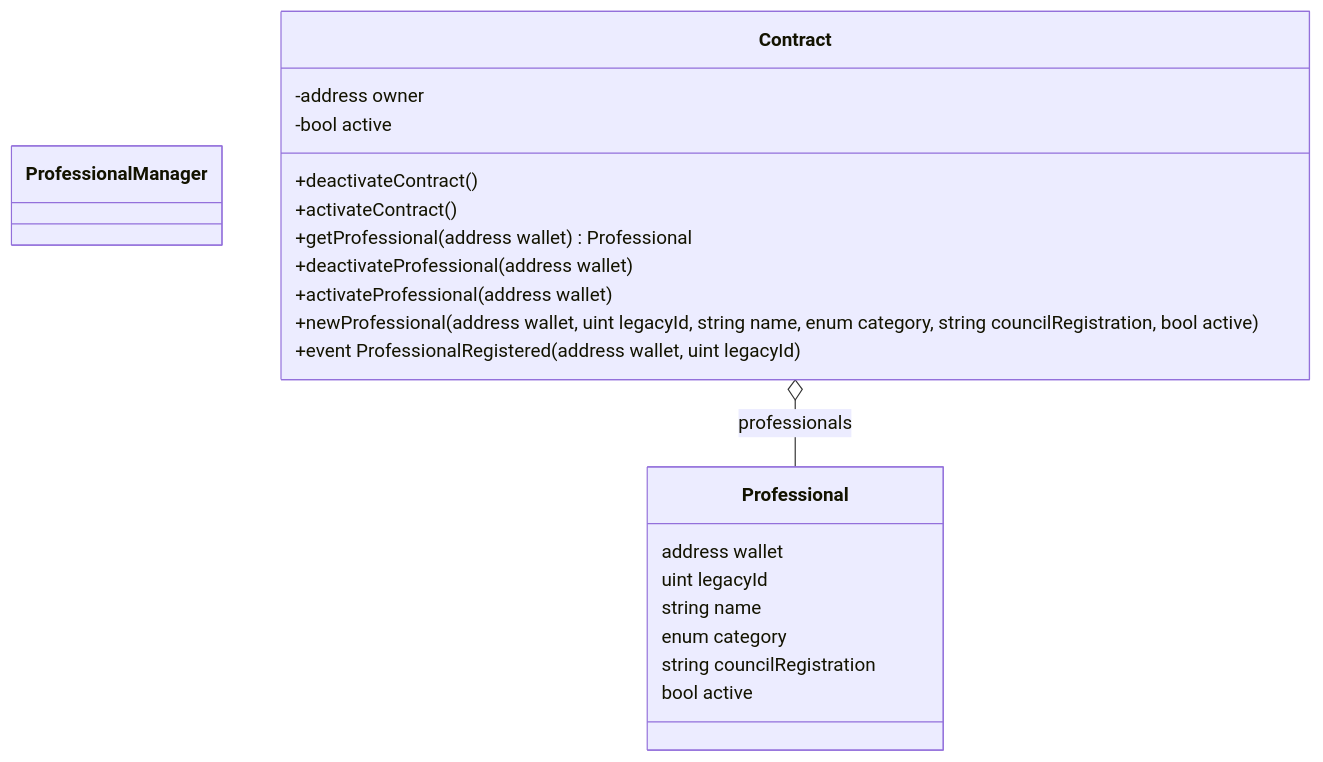
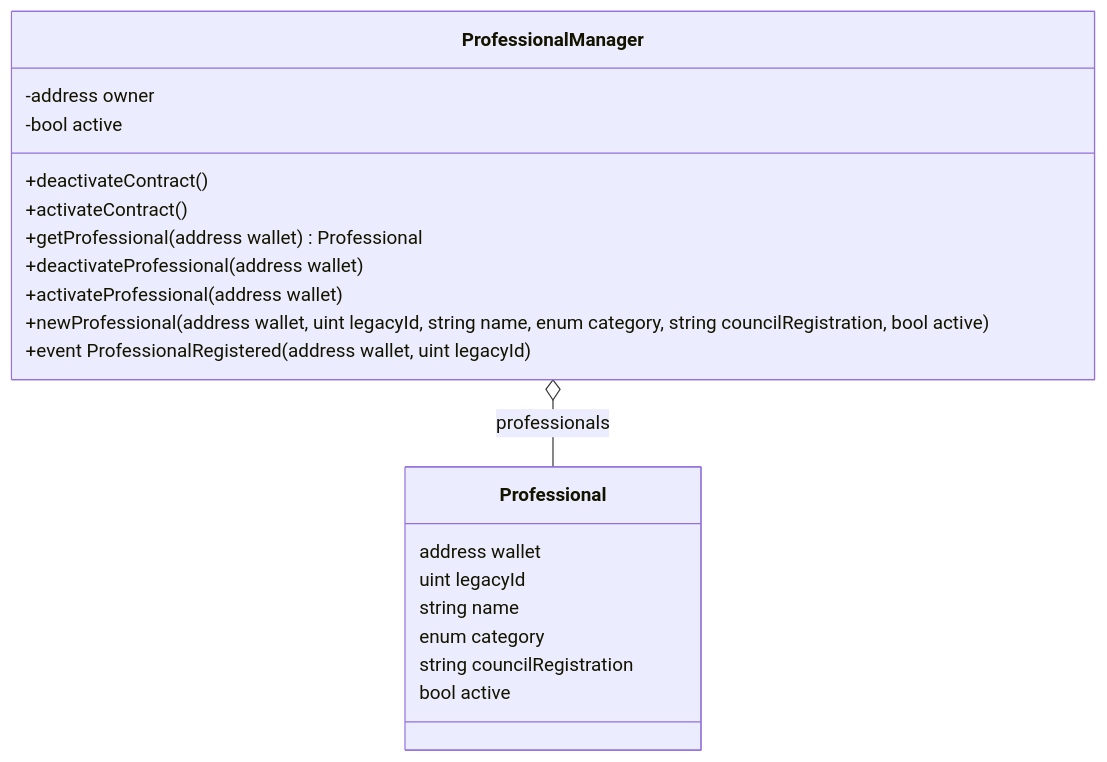
Before and after one commit to ccufcg/medvault: the diagram in docs/modulo-profissionais.md, drawn with Mermaid.

Commit message:
fix: replace dangling references to Contract with ProfessionalManager

````diff
--- a/docs/modulo-profissionais.md
+++ b/docs/modulo-profissionais.md
@@ -1,23 +1,23 @@
 ```mermaid
 classDiagram
 struct Professional
 Professional : address wallet
 Professional : uint legacyId
 Professional : string name
 Professional : enum category
 Professional : string councilRegistration
 Professional : bool active
 
 class ProfessionalManager
-Contract : -address owner
-Contract : -bool active
-Contract : +deactivateContract()
-Contract : +activateContract()
-Contract : +getProfessional(address wallet) Professional
-Contract : +deactivateProfessional(address wallet)
-Contract : +activateProfessional(address wallet)
-Contract : +newProfessional(address wallet, uint legacyId, string name, enum category, string councilRegistration, bool active)
-Contract : +event ProfessionalRegistered(address wallet, uint legacyId)
+ProfessionalManager : -address owner
+ProfessionalManager : -bool active
+ProfessionalManager : +deactivateContract()
+ProfessionalManager : +activateContract()
+ProfessionalManager : +getProfessional(address wallet) Professional
+ProfessionalManager : +deactivateProfessional(address wallet)
+ProfessionalManager : +activateProfessional(address wallet)
+ProfessionalManager : +newProfessional(address wallet, uint legacyId, string name, enum category, string councilRegistration, bool active)
+ProfessionalManager : +event ProfessionalRegistered(address wallet, uint legacyId)
 
-Contract o-- Professional : professionals
+ProfessionalManager o-- Professional : professionals
 ```
````
